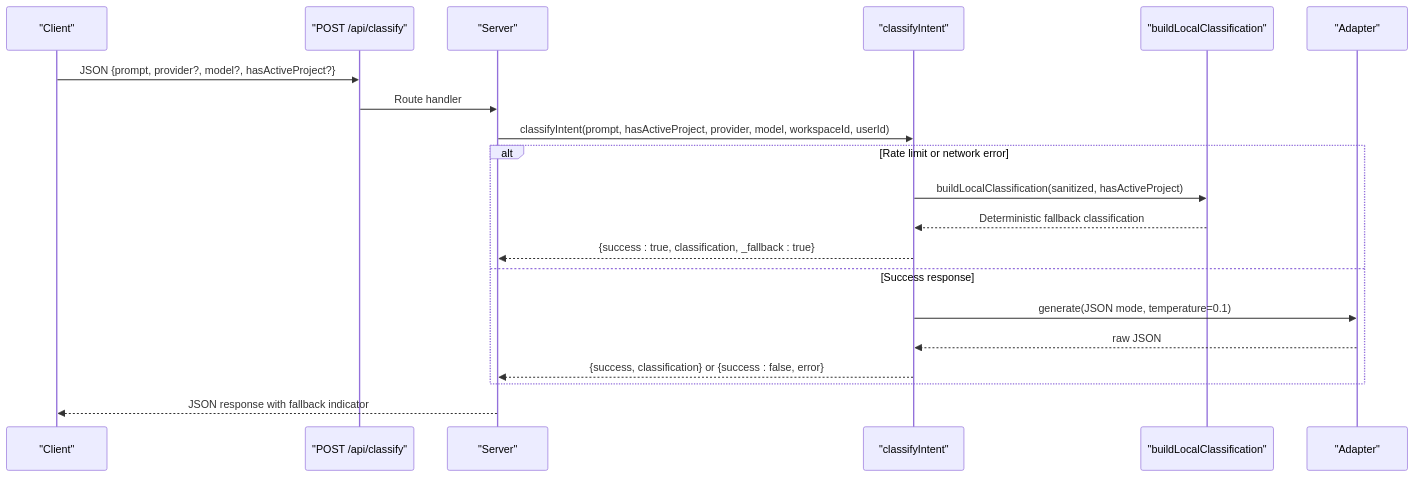
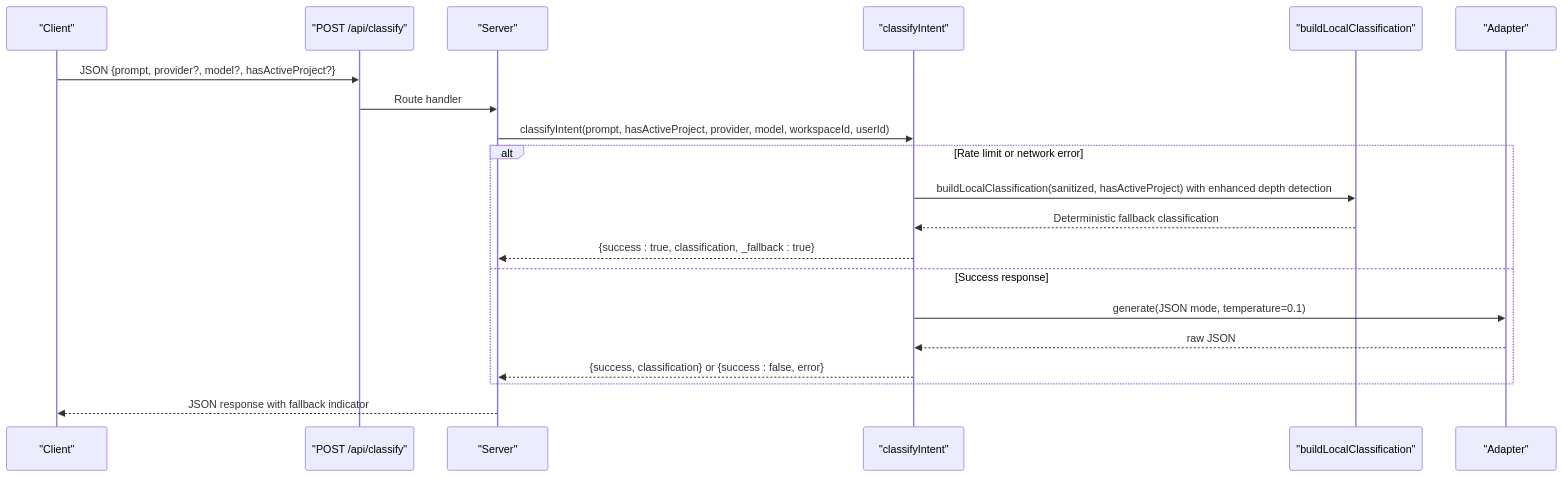
Before and after one commit to shekhargiri005-dotcom/AI-powered-accessibility-first-UI-engine: the ninth of 11 diagrams in .qoder/repowiki/en/content/AI Generation Engine/Core Generation Pipeline/Intent Processing & Blueprint Selection.md, drawn with Mermaid. The commit also changed other lines of this file and 6 other files, not shown here.

````diff
--- a/.qoder/repowiki/en/content/AI Generation Engine/Core Generation Pipeline/Intent Processing & Blueprint Selection.md
+++ b/.qoder/repowiki/en/content/AI Generation Engine/Core Generation Pipeline/Intent Processing & Blueprint Selection.md
@@ -384,22 +439,22 @@
 ```mermaid
 sequenceDiagram
 participant C as "Client"
 participant R as "POST /api/classify"
 participant S as "Server"
 participant CL as "classifyIntent"
 participant LF as "buildLocalClassification"
 participant AD as "Adapter"
 C->>R : JSON {prompt, provider?, model?, hasActiveProject?}
 R->>S : Route handler
 S->>CL : classifyIntent(prompt, hasActiveProject, provider, model, workspaceId, userId)
 alt Rate limit or network error
-CL->>LF : buildLocalClassification(sanitized, hasActiveProject)
+CL->>LF : buildLocalClassification(sanitized, hasActiveProject) with enhanced depth detection
 LF-->>CL : Deterministic fallback classification
 CL-->>S : {success : true, classification, _fallback : true}
 else Success response
 CL->>AD : generate(JSON mode, temperature=0.1)
 AD-->>CL : raw JSON
 CL-->>S : {success, classification} or {success : false, error}
 end
 S-->>C : JSON response with fallback indicator
 ```
````
